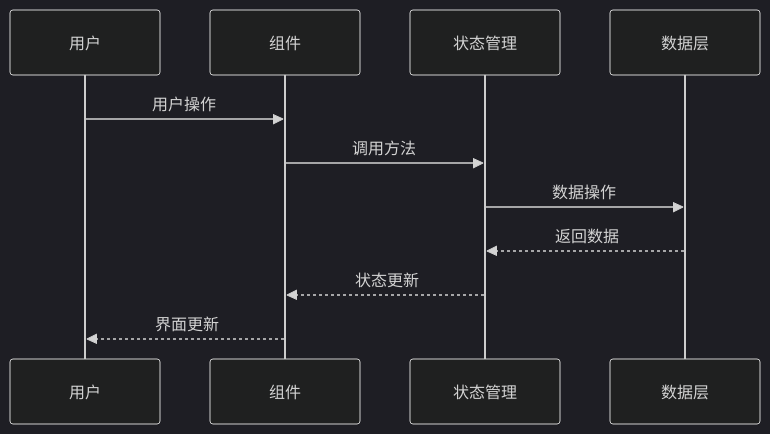
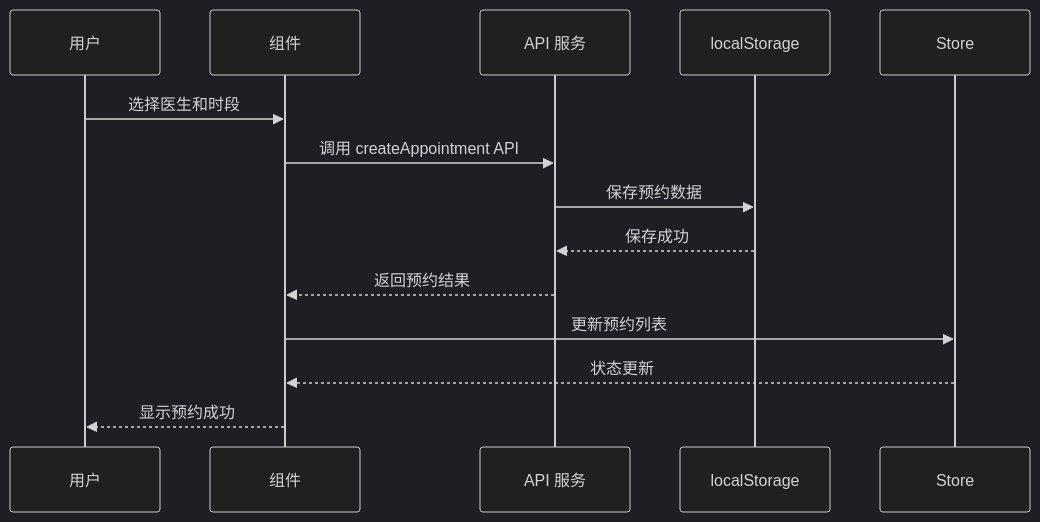
The seventh of 12 diagrams in .asdm/contexts/architecture.md (vibecodingshow/qa-live-healthcare), drawn with Mermaid (dark theme) before and after one commit. The commit also changed other lines of this file and 6 other files, not shown here.

````diff
--- a/.asdm/contexts/architecture.md
+++ b/.asdm/contexts/architecture.md
@@ -139,14 +205,17 @@
 ```mermaid
 sequenceDiagram
     participant U as 用户
     participant C as 组件
-    participant S as 状态管理
-    participant D as 数据层
+    participant A as API 服务
+    participant L as localStorage
+    participant S as Store
     
-    U->>C: 用户操作
-    C->>S: 调用方法
-    S->>D: 数据操作
-    D-->>S: 返回数据
+    U->>C: 选择医生和时段
+    C->>A: 调用 createAppointment API
+    A->>L: 保存预约数据
+    L-->>A: 保存成功
+    A-->>C: 返回预约结果
+    C->>S: 更新预约列表
     S-->>C: 状态更新
-    C-->>U: 界面更新
+    C-->>U: 显示预约成功
 ```
````
